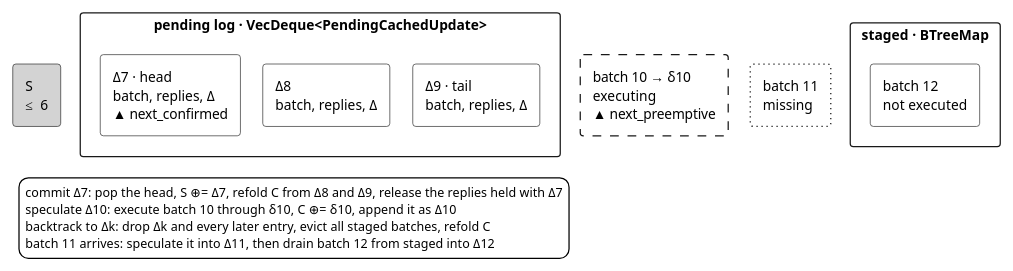
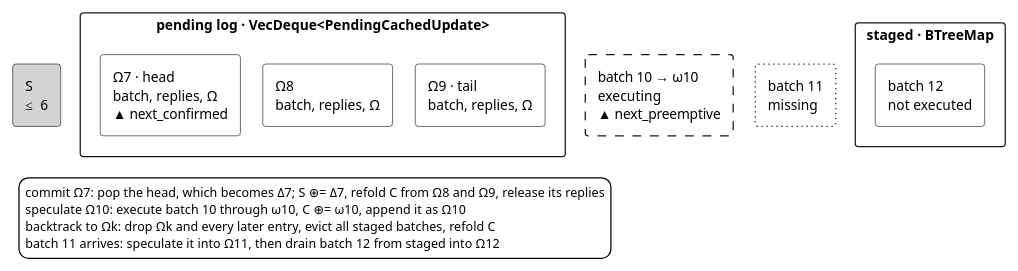
The diagram in Atlas-SMR-Preemptive-Execution/docs/context/diagrams/preemptive-context-cache-seq-window.puml (nuno1212s/Atlas), drawn with PlantUML before and after one commit. The commit also changed 9 other files, not shown here.

First line of the commit message:
docs(preemptive): diagram iteration 02 - Omega/Delta decision notation

```diff
--- a/Atlas-SMR-Preemptive-Execution/docs/context/diagrams/preemptive-context-cache-seq-window.puml
+++ b/Atlas-SMR-Preemptive-Execution/docs/context/diagrams/preemptive-context-cache-seq-window.puml
@@ -1,48 +1,48 @@
 @startuml preemptive-context-cache-seq-window
 skinparam monochrome true
 skinparam shadowing false
 skinparam defaultFontName Helvetica
 skinparam defaultFontSize 11
 skinparam packageStyle rectangle
 skinparam classAttributeIconSize 0
 skinparam linetype polyline
 skinparam nodesep 30
 skinparam ranksep 40
 skinparam frame {
   BorderThickness 2
 }
 skinparam hexagon {
   BorderStyle dashed
 }
 left to right direction
 skinparam legendBackgroundColor white
 skinparam legendFontSize 10
 skinparam nodesep 12
 skinparam ranksep 18
 skinparam rectangle {
   BackgroundColor white
 }
 rectangle "S\n≤ 6" as s6 #lightgray
 package "pending log · VecDeque<PendingCachedUpdate>" as log {
-  rectangle "Δ7 · head\nbatch, replies, Δ\n▲ next_confirmed" as p7
-  rectangle "Δ8\nbatch, replies, Δ" as p8
-  rectangle "Δ9 · tail\nbatch, replies, Δ" as p9
+  rectangle "Ω7 · head\nbatch, replies, Ω\n▲ next_confirmed" as p7
+  rectangle "Ω8\nbatch, replies, Ω" as p8
+  rectangle "Ω9 · tail\nbatch, replies, Ω" as p9
 }
-rectangle "batch 10 → δ10\nexecuting\n▲ next_preemptive" as x10 #line.dashed
+rectangle "batch 10 → ω10\nexecuting\n▲ next_preemptive" as x10 #line.dashed
 rectangle "batch 11\nmissing" as g11 #line.dotted
 package "staged · BTreeMap" as stg {
   rectangle "batch 12\nnot executed" as s12
 }
 s6 -[hidden]- p7
 p7 -[hidden]- p8
 p8 -[hidden]- p9
 p9 -[hidden]- x10
 x10 -[hidden]- g11
 g11 -[hidden]- s12
 legend bottom left
-  commit Δ7:  pop the head, S ⊕= Δ7, refold C from Δ8 and Δ9, release the replies held with Δ7
-  speculate Δ10:  execute batch 10 through δ10, C ⊕= δ10, append it as Δ10
-  backtrack to Δk:  drop Δk and every later entry, evict all staged batches, refold C
-  batch 11 arrives:  speculate it into Δ11, then drain batch 12 from staged into Δ12
+  commit Ω7:  pop the head, which becomes Δ7; S ⊕= Δ7, refold C from Ω8 and Ω9, release its replies
+  speculate Ω10:  execute batch 10 through ω10, C ⊕= ω10, append it as Ω10
+  backtrack to Ωk:  drop Ωk and every later entry, evict all staged batches, refold C
+  batch 11 arrives:  speculate it into Ω11, then drain batch 12 from staged into Ω12
 endlegend
 @enduml
```
